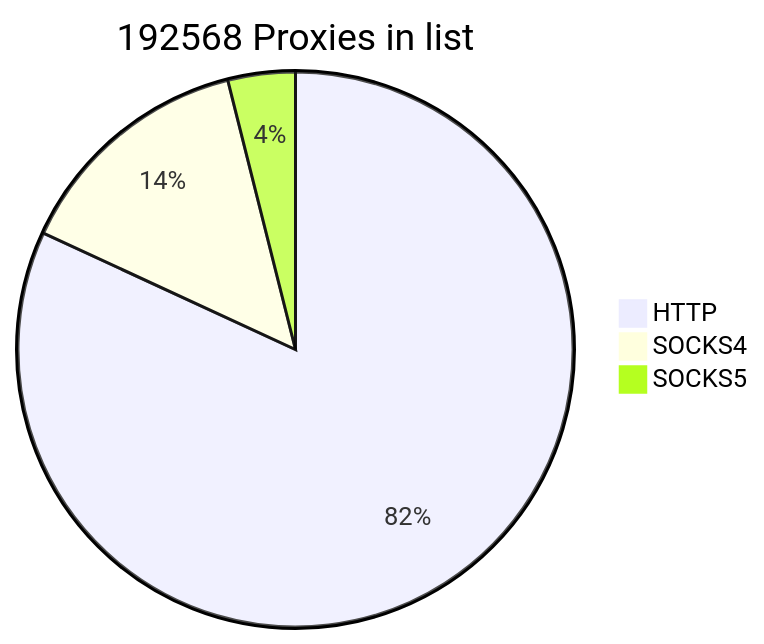
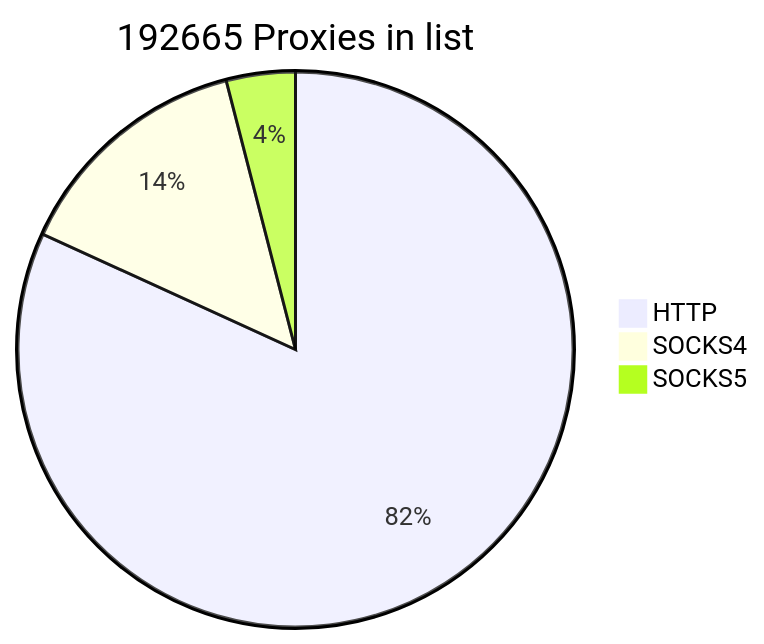
Before and after one commit to cutipu/proxylist: the first of 2 diagrams in README.md, drawn with Mermaid. The commit also changed other lines of this file, not shown here.

````diff
--- a/README.md
+++ b/README.md
@@ -2,7 +2,7 @@
 ```mermaid
-pie title 192568 Proxies in list
-    "HTTP" : 157677
-    "SOCKS4" : 27341
-    "SOCKS5" : 7550
+pie title 192665 Proxies in list
+    "HTTP" : 157627
+    "SOCKS4" : 27306
+    "SOCKS5" : 7732
             
 ```
````
